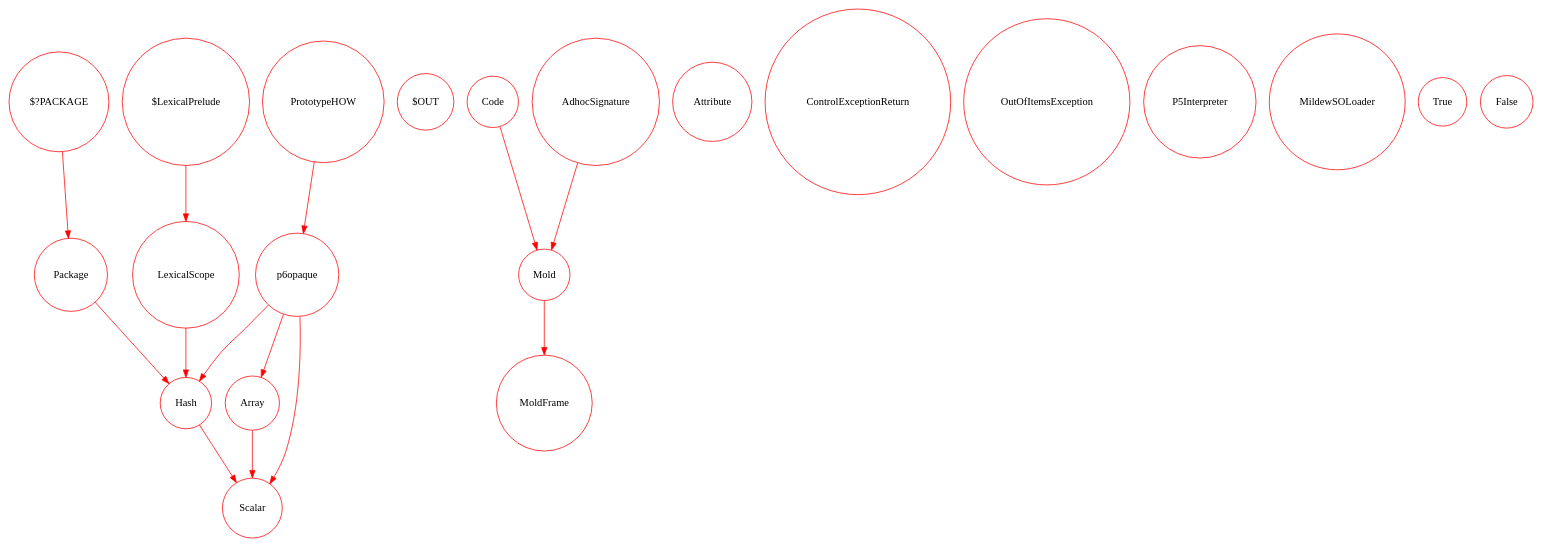
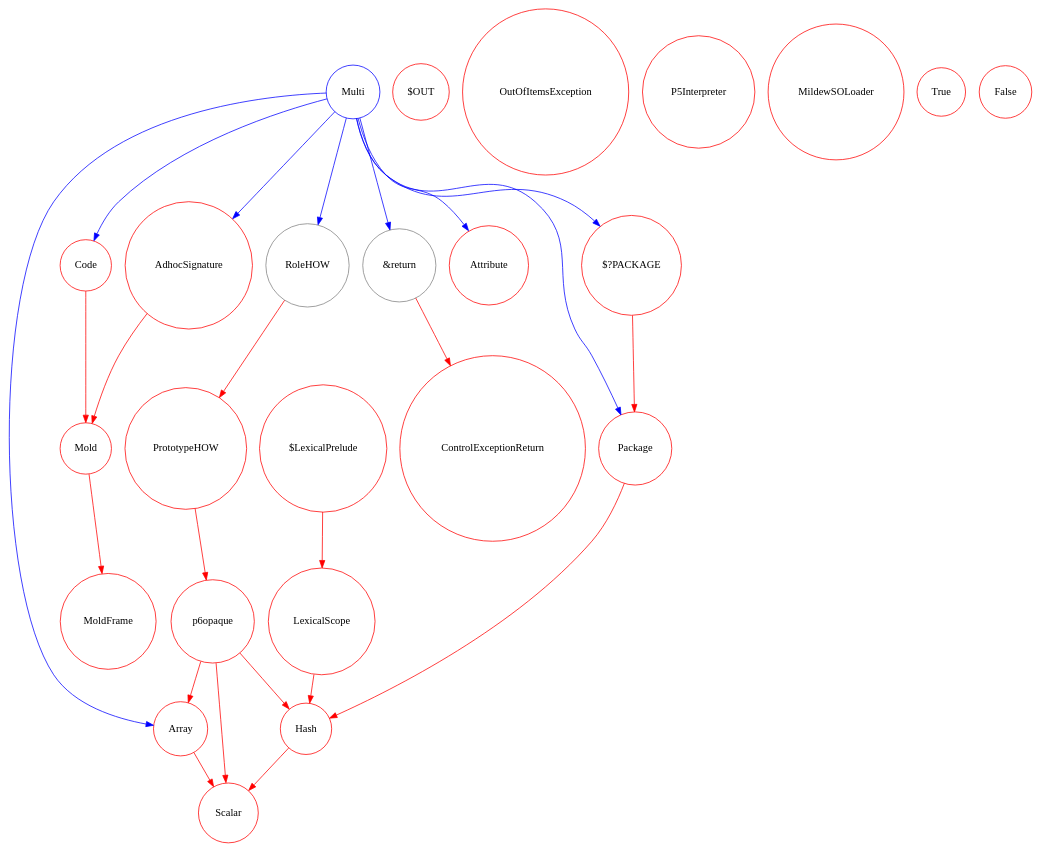
Before and after one commit to Raku/mu: the diagram in v6/mildew/bootstrap.dot, drawn with Graphviz.

Commit message:
[mildew] bootstrap.dot looks a bit more promising, it shows the lexical dependencies of the proposed Multi.pm, which shows us which types will need o be redefined before we can re-init Multi

```diff
--- a/v6/mildew/bootstrap.dot
+++ b/v6/mildew/bootstrap.dot
@@ -1,67 +1,97 @@
 digraph "SMOP and Mildew Typesystem Bootstrap"
 {
 
  /*
   * This are the types defined in the SMOP initialization.
   *
+  * gray nodes mean nodes that are going to be defined in C.
   * Red nodes mean nodes defined in C or C+m0ld.
   * Red links mean C symbol lookup, instead of lexical lookup.
   */
 
  s1p_hash [shape=circle, color=red, label=Hash]; s1p_array [shape=circle,
  color=red, label=Array]; s1p_io [shape=circle, color=red,
  label="$OUT"]; mold [shape=circle, color=red, label=Mold];
  mold_frame[shape=circle, color=red, label=MoldFrame];
 
  mold -> mold_frame [color=red];
 
  s1p_code [shape=circle, color=red, label=Code];
  s1p_package [shape=circle, color=red, label=Package];
  outer_package [shape=circle, color=red, label="$?PACKAGE"];
 
  outer_package -> s1p_package [color=red];
  s1p_package -> s1p_hash [color=red];
  s1p_code -> mold [color=red];
  
  s1p_adhoc_signature [shape=circle, color=red, label="AdhocSignature"];
 
  s1p_adhoc_signature -> mold [color=red];
 
  s1p_scalar [shape=circle, color=red, label="Scalar"];
 
  s1p_hash -> s1p_scalar [color=red];
  s1p_array -> s1p_scalar [color=red];
 
  s1p_attribute [shape=circle, color=red, label=Attribute];
 
  p6opaque [shape=circle, color=red]
 
  p6opaque -> s1p_hash [color=red];
  p6opaque -> s1p_scalar [color=red];
  p6opaque -> s1p_array [color=red];
 
  s1p_prototypehow [shape=circle, color=red, label=PrototypeHOW];
 
  s1p_prototypehow -> p6opaque [color=red]
 
  controlexceptionreturn [shape=circle, color=red, label=ControlExceptionReturn];
 
  outofitemsexception [shape=circle, color=red, label=OutOfItemsException];
 
  p5interpreter [shape=circle, color=red, label=P5Interpreter];
 
  s1p_lexicalscope [shape=circle, color=red, label=LexicalScope];
 
  s1p_lexicalscope -> s1p_hash [color=red];
 
  lexical_prelude_var [shape=circle, color=red, label="$LexicalPrelude"];
 
  lexical_prelude_var -> s1p_lexicalscope [color=red];
 
  MildewSOLoader [shape=circle, color=red, label="MildewSOLoader"];
 
  native_bool_true [shape=circle, color=red, label="True"];
  native_bool_false [shape=circle, color=red, label="False"];
 
+ s1p_rolehow [shape=circle, color=gray, label="RoleHOW"];
+ s1p_rolehow -> s1p_prototypehow [color=red];
+
+ s1p_return [shape=circle, color=gray, label="&return"];
+ s1p_return -> controlexceptionreturn [color=red];
+
+ /*
+  * now we start defining types in a higher level
+  *
+  * nodes written in regular Perl 6 are in blue
+  * nodes simplified for bootstrapping are in black
+  *
+  * Links in red are C symbol lookup,
+  * in black are simplified lookup (multi variants by long name, for instance)
+  * in blue are regular lookups
+  *
+  */
+
+
+  // Multi should be reinitted some times...
+  Multi_s0 [shape=circle, color=blue, label="Multi"];
+  Multi_s0 -> s1p_rolehow [color=blue];
+  Multi_s0 -> s1p_package [color=blue];
+  Multi_s0 -> outer_package [color=blue];
+  Multi_s0 -> s1p_adhoc_signature [color=blue];
+  Multi_s0 -> s1p_attribute [color=blue];
+  Multi_s0 -> s1p_array [color=blue];
+  Multi_s0 -> s1p_code [color=blue];
+  Multi_s0 -> s1p_return [color=blue];
 
 }
```
